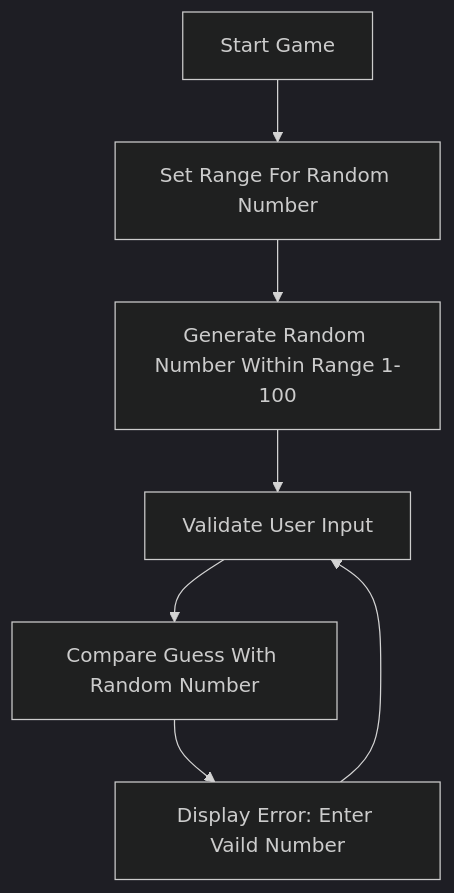
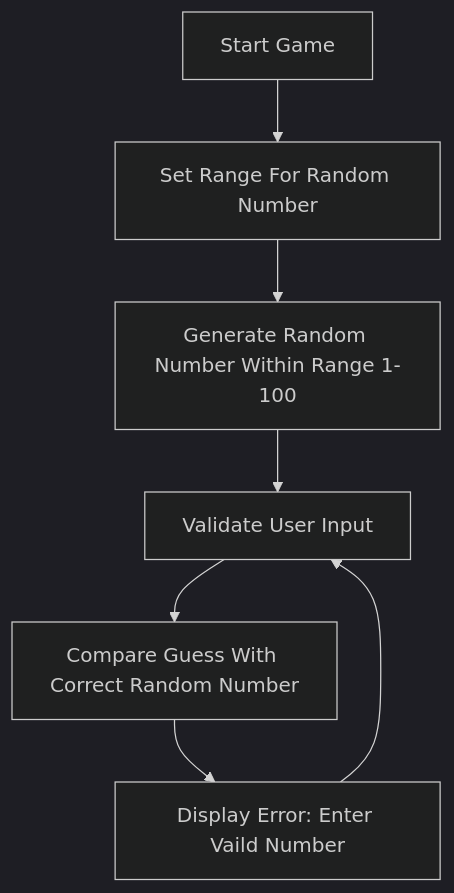
The diagram in Guessing.md (tanvirvirdi/tanvirvirdi.github.io), drawn with Mermaid (dark theme) before and after one commit.

````diff
--- a/Guessing.md
+++ b/Guessing.md
@@ -1,10 +1,10 @@
 ```mermaid
 flowchart TD;
     A[Start Game] --> B[Set Range For Random Number];
     B --> C[Generate Random Number Within Range 1-100];
     C --> D[Validate User Input];
-    D --> E[Compare Guess With Random Number];
+    D --> E[Compare Guess With Correct Random Number];
     E --> F[Display Error: Enter Vaild Number];
     F --> D;
     
 ```
````
